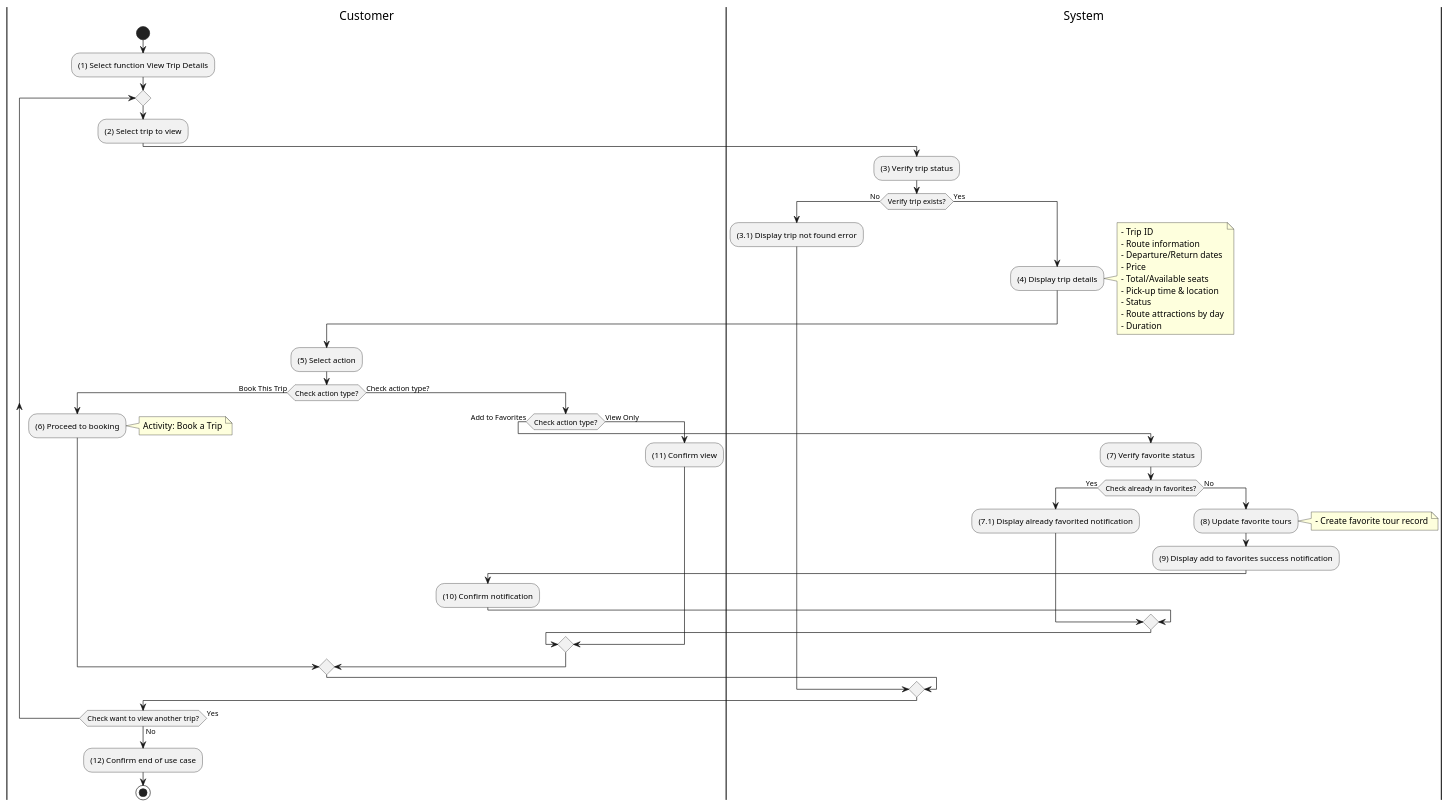
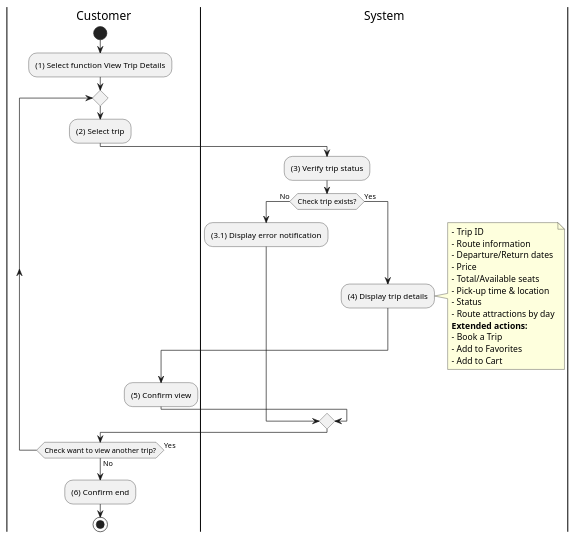
One commit to SE357-TMS/SE357-TMS.github.io changed the diagram in docs/docs/activity/browse-trips/view-trip-details.md. Above: the diagram before and after it, drawn with PlantUML. The commit also changed 14 other files, not shown here.

Commit message:
feat(activity): add activity diagrams for cart and booking use cases

````diff
--- a/docs/docs/activity/browse-trips/view-trip-details.md
+++ b/docs/docs/activity/browse-trips/view-trip-details.md
@@ -3,76 +3,48 @@
 ```plantuml
 @startuml
 |C|Customer
 |S|System
 
 |C|
 start
 
 :(1) Select function View Trip Details;
 
 repeat
-  :(2) Select trip to view;
+  :(2) Select trip;
 
   |S|
   :(3) Verify trip status;
 
-  if (Verify trip exists?) then (No)
-    :(3.1) Display trip not found error;
+  if (Check trip exists?) then (No)
+    :(3.1) Display error notification;
     |C|
   else (Yes)
     |S|
     :(4) Display trip details;
     note right
       - Trip ID
       - Route information
       - Departure/Return dates
       - Price
       - Total/Available seats
       - Pick-up time & location
       - Status
       - Route attractions by day
-      - Duration
+      **Extended actions:**
+      - Book a Trip
+      - Add to Favorites
+      - Add to Cart
     end note
 
     |C|
-    :(5) Select action;
-
-    if (Check action type?) then (Book This Trip)
-      :(6) Proceed to booking;
-      note right
-        Activity: Book a Trip
-      end note
-    else (Check action type?)
-      if (Check action type?) then (Add to Favorites)
-        |S|
-        :(7) Verify favorite status;
-        if (Check already in favorites?) then (Yes)
-          :(7.1) Display already favorited notification;
-          |C|
-        else (No)
-          |S|
-          :(8) Update favorite tours;
-          note right
-            - Create favorite tour record
-          end note
-          :(9) Display add to favorites success notification;
-
-          |C|
-          :(10) Confirm notification;
-        endif
-      else (View Only)
-        |C|
-        :(11) Confirm view;
-      endif
-    endif
+    :(5) Confirm view;
   endif
-
-  |C|
 repeat while (Check want to view another trip?) is (Yes) not (No)
 
-:(12) Confirm end of use case;
+:(6) Confirm end;
 
 stop
 
 @enduml
 ```
````
